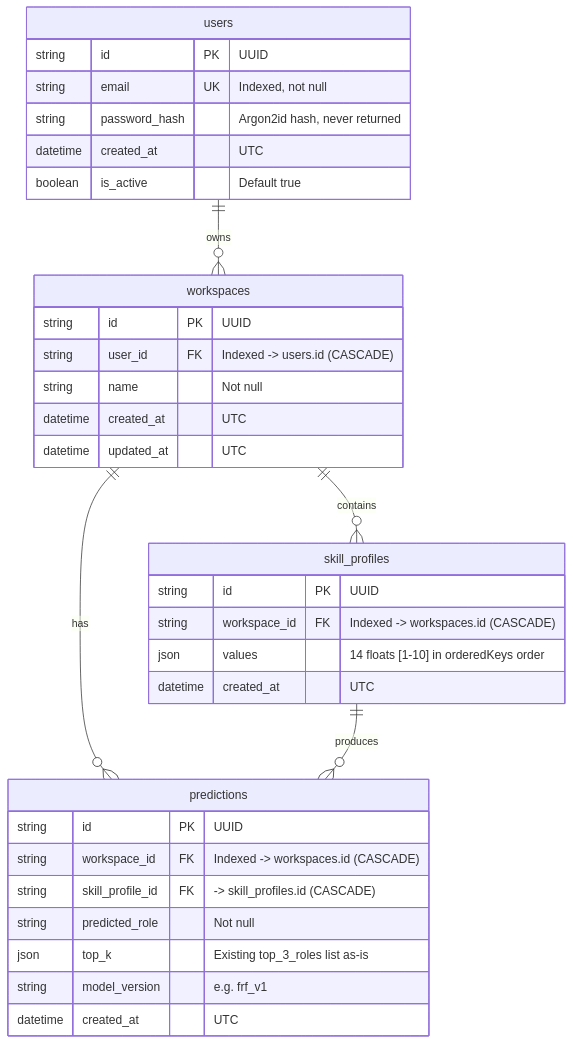
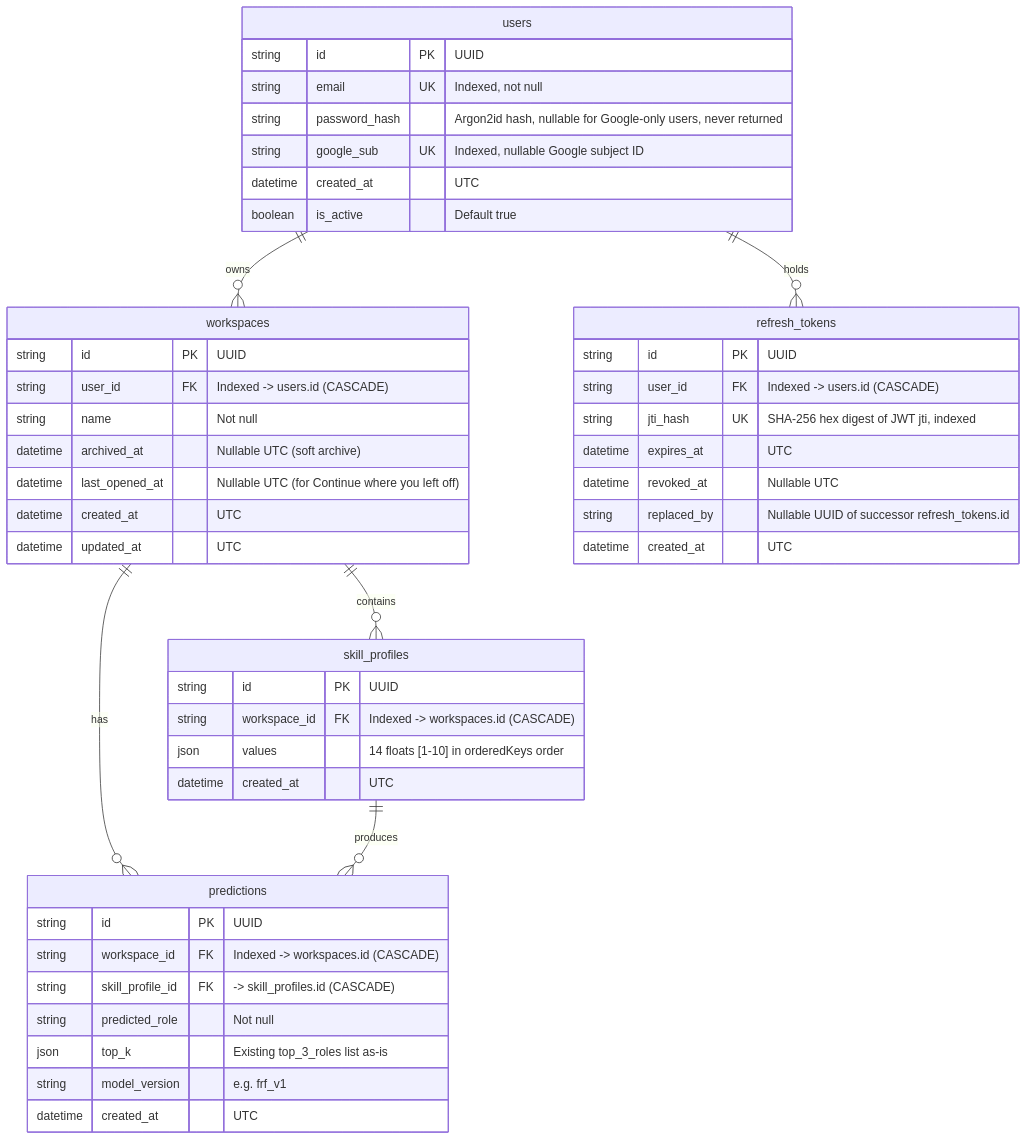
The diagram in docs/p1/design.md (TANISH-88/career-platform), drawn with Mermaid before and after one commit. The commit also changed other lines of this file and 19 other files, not shown here.

Commit message:
feat(p1): harden auth, add refresh rotation, Google login, and workspace archive/last-active (Part A2)

````diff
--- a/docs/p1/design.md
+++ b/docs/p1/design.md
@@ -13,40 +15,54 @@
 ```mermaid
 erDiagram
     users ||--o{ workspaces : owns
+    users ||--o{ refresh_tokens : holds
     workspaces ||--o{ skill_profiles : contains
     workspaces ||--o{ predictions : has
     skill_profiles ||--o{ predictions : produces
 
     users {
         string id PK "UUID"
         string email UK "Indexed, not null"
-        string password_hash "Argon2id hash, never returned"
+        string password_hash "Argon2id hash, nullable for Google-only users, never returned"
+        string google_sub UK "Indexed, nullable Google subject ID"
         datetime created_at "UTC"
         boolean is_active "Default true"
+    }
+
+    refresh_tokens {
+        string id PK "UUID"
+        string user_id FK "Indexed -> users.id (CASCADE)"
+        string jti_hash UK "SHA-256 hex digest of JWT jti, indexed"
+        datetime expires_at "UTC"
+        datetime revoked_at "Nullable UTC"
+        string replaced_by "Nullable UUID of successor refresh_tokens.id"
+        datetime created_at "UTC"
     }
 
     workspaces {
         string id PK "UUID"
         string user_id FK "Indexed -> users.id (CASCADE)"
         string name "Not null"
+        datetime archived_at "Nullable UTC (soft archive)"
+        datetime last_opened_at "Nullable UTC (for Continue where you left off)"
         datetime created_at "UTC"
         datetime updated_at "UTC"
     }
 
     skill_profiles {
         string id PK "UUID"
         string workspace_id FK "Indexed -> workspaces.id (CASCADE)"
         json values "14 floats [1-10] in orderedKeys order"
         datetime created_at "UTC"
     }
 
     predictions {
         string id PK "UUID"
         string workspace_id FK "Indexed -> workspaces.id (CASCADE)"
         string skill_profile_id FK "-> skill_profiles.id (CASCADE)"
         string predicted_role "Not null"
         json top_k "Existing top_3_roles list as-is"
         string model_version "e.g. frf_v1"
         datetime created_at "UTC"
     }
 ```
````
